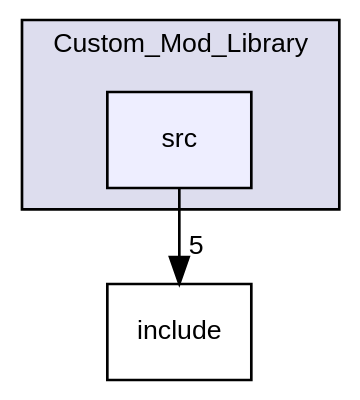
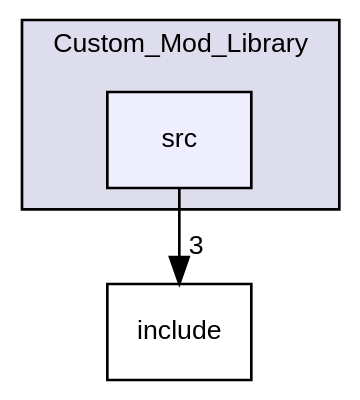
Before and after one commit to ejagombar/2021_Group_3: the diagram in dir_cbd26f7b0946528e265beb2513fbf397_dep.dot, drawn with Graphviz. The commit also changed 42 other files, not shown here.

```diff
--- a/dir_cbd26f7b0946528e265beb2513fbf397_dep.dot
+++ b/dir_cbd26f7b0946528e265beb2513fbf397_dep.dot
@@ -1,12 +1,12 @@
 digraph "/home/runner/work/2021_Group_3/2021_Group_3/Custom_Mod_Library/src" {
   bgcolor=transparent;
   compound=true
   node [ fontsize="10", fontname="Helvetica"];
   edge [ labelfontsize="10", labelfontname="Helvetica"];
   subgraph clusterdir_3d791e5d7456dbf61f6d7b678dfd72f4 {
     graph [ bgcolor="#ddddee", pencolor="black", label="Custom_Mod_Library" fontname="Helvetica", fontsize="10", URL="dir_3d791e5d7456dbf61f6d7b678dfd72f4.html"]
   dir_cbd26f7b0946528e265beb2513fbf397 [shape=box, label="src", style="filled", fillcolor="#eeeeff", pencolor="black", URL="dir_cbd26f7b0946528e265beb2513fbf397.html"];
   }
   dir_f5c7eabd21a874ae9d109060d168a55c [shape=box label="include" URL="dir_f5c7eabd21a874ae9d109060d168a55c.html"];
-  dir_cbd26f7b0946528e265beb2513fbf397->dir_f5c7eabd21a874ae9d109060d168a55c [headlabel="5", labeldistance=1.5 headhref="dir_000002_000001.html"];
+  dir_cbd26f7b0946528e265beb2513fbf397->dir_f5c7eabd21a874ae9d109060d168a55c [headlabel="3", labeldistance=1.5 headhref="dir_000002_000001.html"];
 }
```
